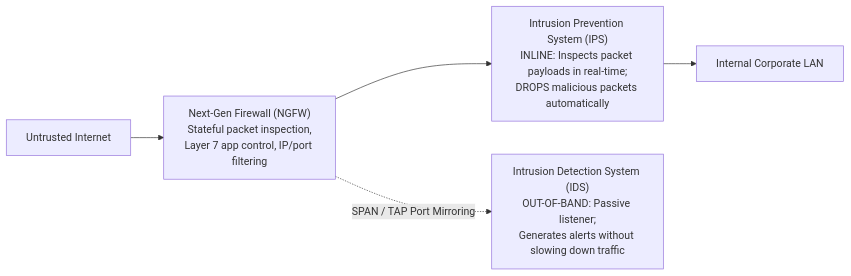
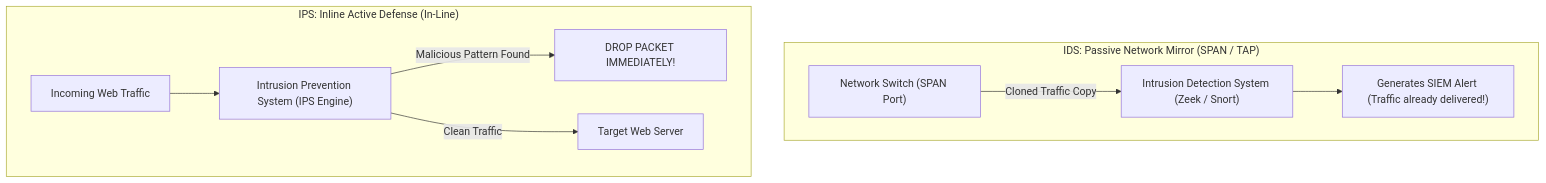
The first of 2 diagrams in SOC/03_Technologies_and_Architectures/03_Network_Security_IDS_IPS_Firewalls_and_PCAP.md (varunks04/CBS-Roleplay), drawn with Mermaid before and after one commit. The commit also changed other lines of this file and 40 other files, not shown here.

````diff
--- a/SOC/03_Technologies_and_Architectures/03_Network_Security_IDS_IPS_Firewalls_and_PCAP.md
+++ b/SOC/03_Technologies_and_Architectures/03_Network_Security_IDS_IPS_Firewalls_and_PCAP.md
@@ -9,7 +29,13 @@
 ```mermaid
-graph LR
-    Internet["Untrusted Internet"] --> NGFW["Next-Gen Firewall (NGFW)<br>Stateful packet inspection,<br>Layer 7 app control, IP/port filtering"]
-    NGFW --> IPS["Intrusion Prevention System (IPS)<br>INLINE: Inspects packet payloads in real-time;<br>DROPS malicious packets automatically"]
-    NGFW -.->|"SPAN / TAP Port Mirroring"| IDS["Intrusion Detection System (IDS)<br>OUT-OF-BAND: Passive listener;<br>Generates alerts without slowing down traffic"]
-    IPS --> InternalLAN["Internal Corporate LAN"]
+graph TD
+    subgraph "IDS: Passive Network Mirror (SPAN / TAP)"
+        Switch1["Network Switch (SPAN Port)"] -->|"Cloned Traffic Copy"| IDS["Intrusion Detection System (Zeek / Snort)"]
+        IDS --> Alert1["Generates SIEM Alert (Traffic already delivered!)"]
+    end
+
+    subgraph "IPS: Inline Active Defense (In-Line)"
+        User["Incoming Web Traffic"] --> IPS["Intrusion Prevention System (IPS Engine)"]
+        IPS -->|Malicious Pattern Found| Drop["DROP PACKET IMMEDIATELY!"]
+        IPS -->|Clean Traffic| Server["Target Web Server"]
+    end
 ```
````
